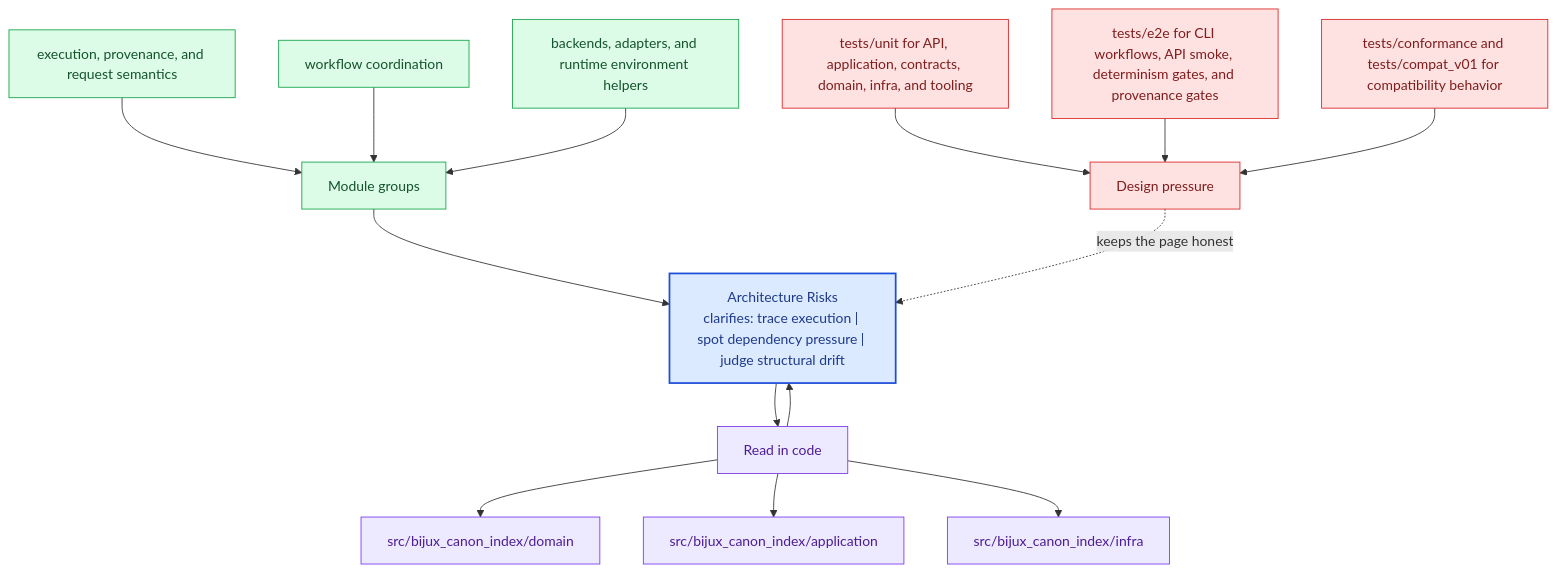
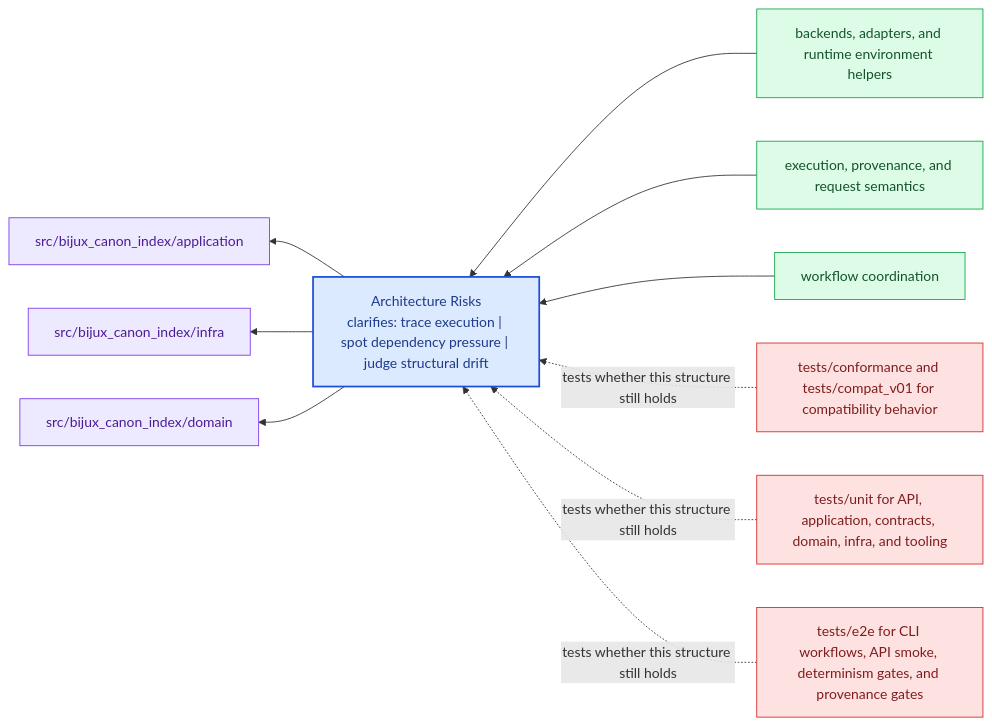
The diagram in docs/bijux-canon-index/architecture/architecture-risks.md (bijux/bijux-canon), drawn with Mermaid before and after one commit. The commit also changed other lines of this file and 281 other files, not shown here.

Commit message:
docs(diagrams): replace repeated mermaid scaffolds with page-specific summaries

````diff
--- a/docs/bijux-canon-index/architecture/architecture-risks.md
+++ b/docs/bijux-canon-index/architecture/architecture-risks.md
@@ -67,40 +22,31 @@
 ```mermaid
-flowchart TB
-    promise["Architecture Risks<br/>clarifies: trace execution | spot dependency pressure | judge structural drift"]
-    classDef promise fill:#dbeafe,stroke:#1d4ed8,color:#1e3a8a,stroke-width:2px;
-    classDef driver fill:#dcfce7,stroke:#16a34a,color:#14532d;
-    classDef constraint fill:#fee2e2,stroke:#dc2626,color:#7f1d1d;
-    classDef ground fill:#ede9fe,stroke:#7c3aed,color:#4c1d95;
-    focus1["Module groups"]
-    focus1 --> promise
-    focus1_1["execution, provenance, and request semantics"]
-    focus1_1 --> focus1
-    focus1_2["workflow coordination"]
-    focus1_2 --> focus1
-    focus1_3["backends, adapters, and runtime environment helpers"]
-    focus1_3 --> focus1
-    class focus1 driver;
-    class focus1_1,focus1_2,focus1_3 driver;
-    focus2["Read in code"]
-    focus2 --> promise
-    promise --> focus2
-    focus2_1["src/bijux_canon_index/domain"]
-    focus2 --> focus2_1
-    focus2_2["src/bijux_canon_index/application"]
-    focus2 --> focus2_2
-    focus2_3["src/bijux_canon_index/infra"]
-    focus2 --> focus2_3
-    class focus2 ground;
-    class focus2_1,focus2_2,focus2_3 ground;
-    focus3["Design pressure"]
-    focus3 -.keeps the page honest.-> promise
-    focus3_1["tests/unit for API, application, contracts, domain, infra, and tooling"]
-    focus3_1 --> focus3
-    focus3_2["tests/e2e for CLI workflows, API smoke, determinism gates, and provenance gates"]
-    focus3_2 --> focus3
-    focus3_3["tests/conformance and tests/compat_v01 for compatibility behavior"]
-    focus3_3 --> focus3
-    class focus3 constraint;
-    class focus3_1,focus3_2,focus3_3 constraint;
-    class promise promise;
+flowchart RL
+    page["Architecture Risks<br/>clarifies: trace execution | spot dependency pressure | judge structural drift"]
+    classDef page fill:#dbeafe,stroke:#1d4ed8,color:#1e3a8a,stroke-width:2px;
+    classDef positive fill:#dcfce7,stroke:#16a34a,color:#14532d;
+    classDef caution fill:#fee2e2,stroke:#dc2626,color:#7f1d1d;
+    classDef anchor fill:#ede9fe,stroke:#7c3aed,color:#4c1d95;
+    classDef action fill:#fef3c7,stroke:#d97706,color:#7c2d12;
+    module1["backends, adapters, and runtime environment helpers"]
+    module1 --> page
+    module2["execution, provenance, and request semantics"]
+    module2 --> page
+    module3["workflow coordination"]
+    module3 --> page
+    code1["src/bijux_canon_index/application"]
+    page --> code1
+    code2["src/bijux_canon_index/infra"]
+    page --> code2
+    code3["src/bijux_canon_index/domain"]
+    page --> code3
+    pressure1["tests/conformance and tests/compat_v01 for compatibility behavior"]
+    pressure1 -.tests whether this structure still holds.-> page
+    pressure2["tests/unit for API, application, contracts, domain, infra, and tooling"]
+    pressure2 -.tests whether this structure still holds.-> page
+    pressure3["tests/e2e for CLI workflows, API smoke, determinism gates, and provenance gates"]
+    pressure3 -.tests whether this structure still holds.-> page
+    class page page;
+    class module1,module2,module3 positive;
+    class code1,code2,code3 anchor;
+    class pressure1,pressure2,pressure3 caution;
 ```
````
